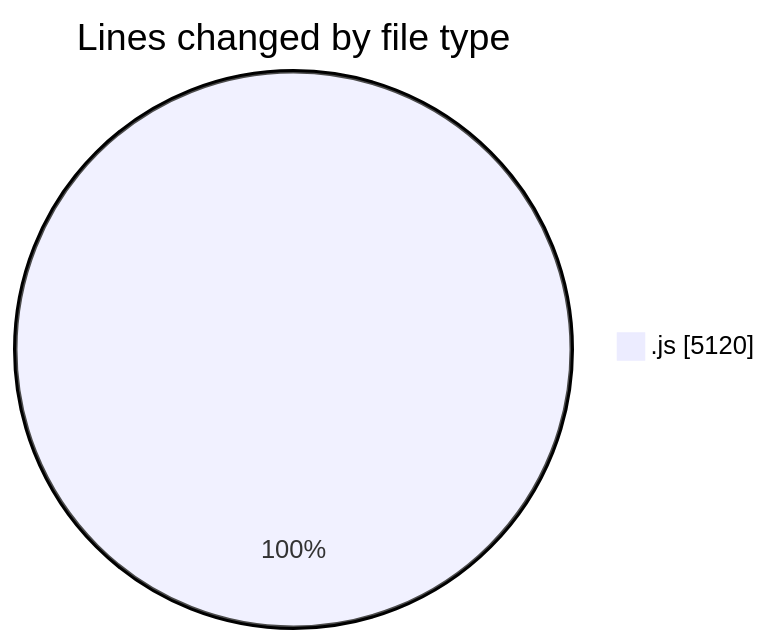
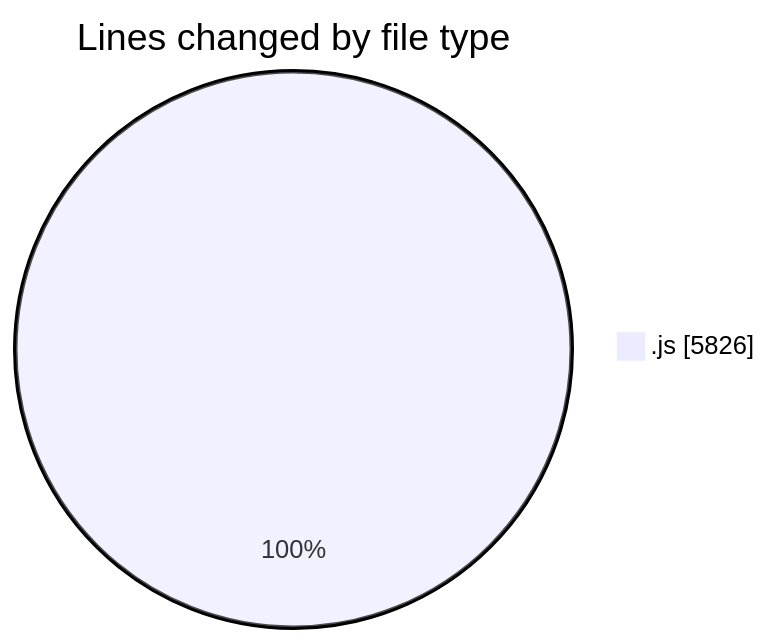
Before and after one commit to nxtqubesakshisongat/code-tracking: the first of 2 diagrams in 2025-08-11/nxtqube_webapp/README.md, drawn with Mermaid. The commit also changed other lines of this file and 1 other file, not shown here.

````diff
--- a/2025-08-11/nxtqube_webapp/README.md
+++ b/2025-08-11/nxtqube_webapp/README.md
@@ -21,5 +21,5 @@
 ```mermaid
 pie showData
 title Lines changed by file type
-".js" : 5120
+".js" : 5826
 ```
````
